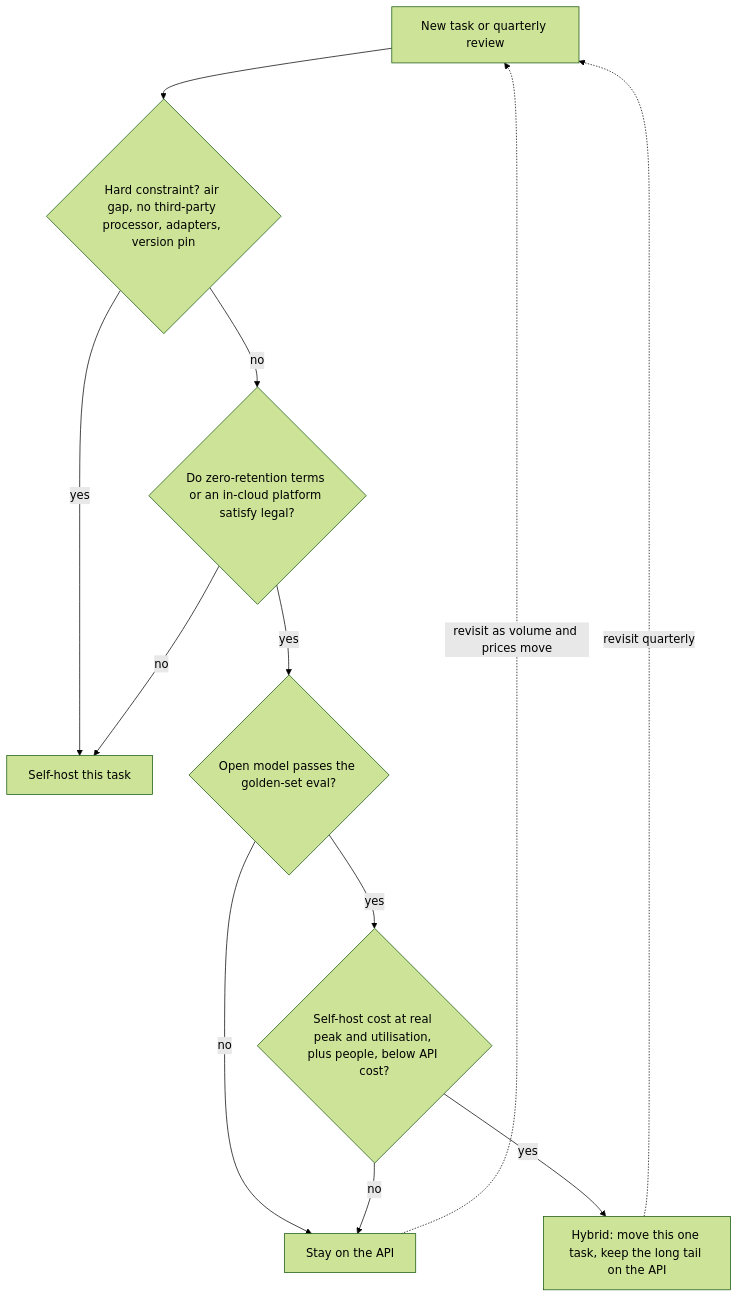
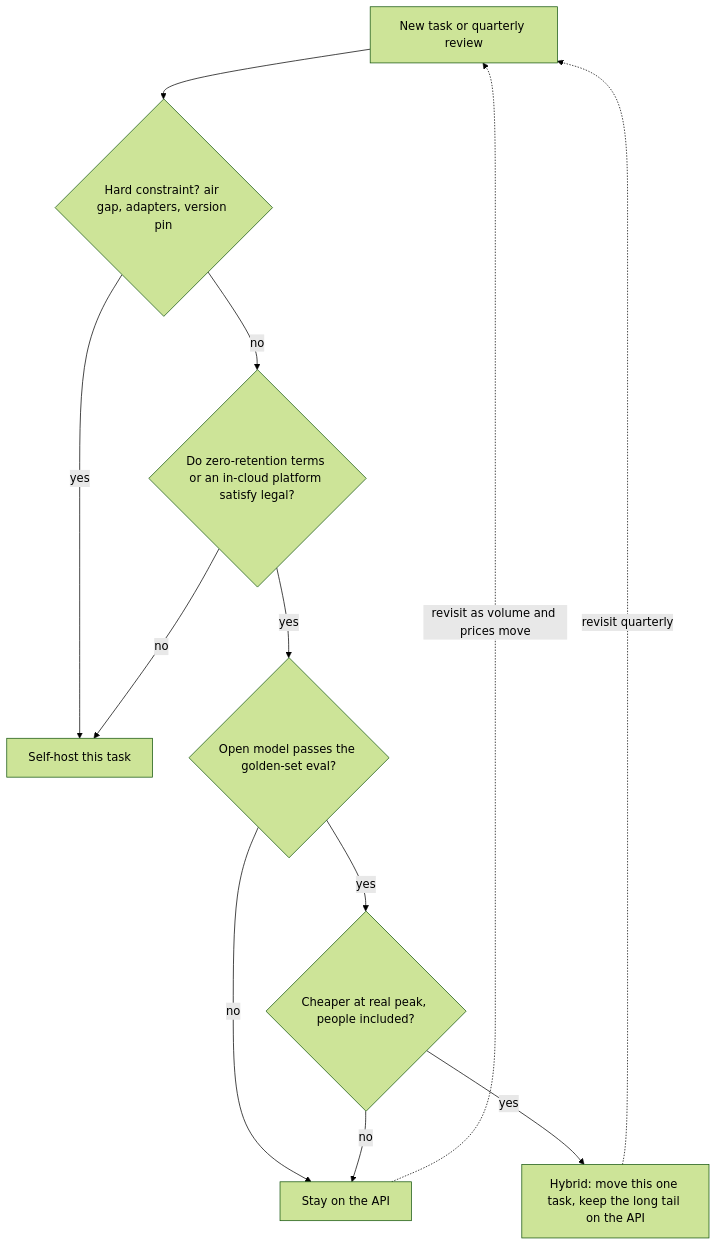
The diagram in content/system-design/self-host-vs-api.md (lovishmahajan97/agentic-learning), drawn with Mermaid (forest theme) before and after one commit. The commit also changed other lines of this file and 278 other files, not shown here.

````diff
--- a/content/system-design/self-host-vs-api.md
+++ b/content/system-design/self-host-vs-api.md
@@ -108,14 +109,14 @@
 ```mermaid
 flowchart TD
-    S["New task or quarterly review"] --> C{"Hard constraint? air gap, no third-party processor, adapters, version pin"}
+    S["New task or quarterly review"] --> C{"Hard constraint? air gap, adapters, version pin"}
     C -->|"yes"| H["Self-host this task"]
     C -->|"no"| T{"Do zero-retention terms or an in-cloud platform satisfy legal?"}
     T -->|"no"| H
     T -->|"yes"| E{"Open model passes the golden-set eval?"}
     E -->|"no"| A["Stay on the API"]
-    E -->|"yes"| U{"Self-host cost at real peak and utilisation, plus people, below API cost?"}
+    E -->|"yes"| U{"Cheaper at real peak, people included?"}
     U -->|"no"| A
     U -->|"yes"| HY["Hybrid: move this one task, keep the long tail on the API"]
     A -.->|"revisit as volume and prices move"| S
     HY -.->|"revisit quarterly"| S
 ```
````
